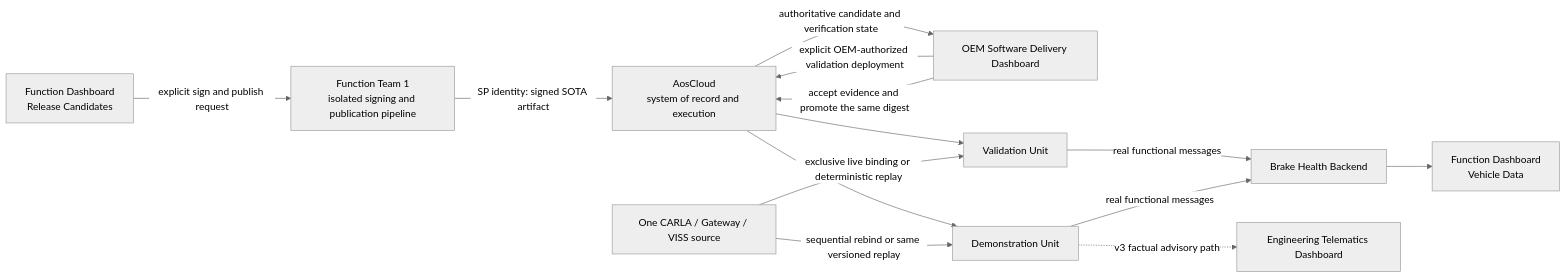
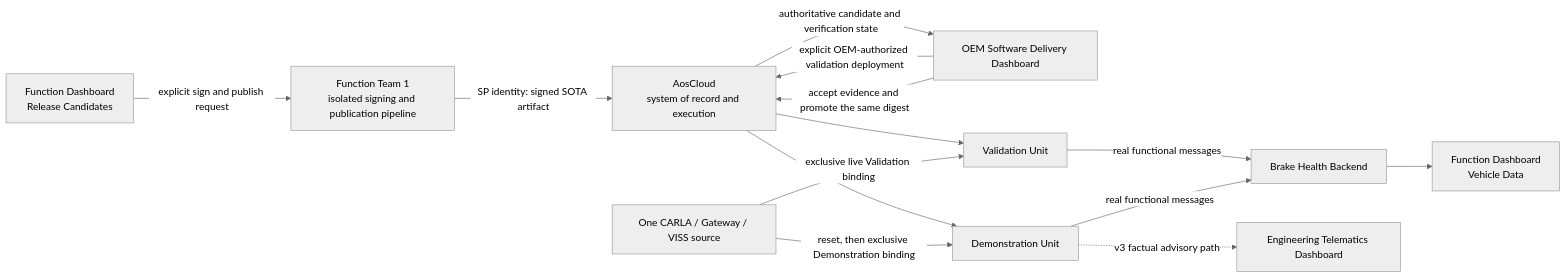
The second of 2 diagrams in docs/requirements/components/brake-health-cloud.md (alexmaninblack/aosedge-sdv-demo), drawn with Mermaid (neutral theme) before and after one commit. The commit also changed other lines of this file and 72 other files, not shown here.

Commit message:
docs: checkpoint demo architecture and requirements baseline

````diff
--- a/docs/requirements/components/brake-health-cloud.md
+++ b/docs/requirements/components/brake-health-cloud.md
@@ -138,27 +139,27 @@
 ```mermaid
 flowchart LR
     RC["Function Dashboard<br/>Release Candidates"]
     PIPE["Function Team 1<br/>isolated signing and publication pipeline"]
     CLOUD["AosCloud<br/>system of record and execution"]
     OEM["OEM Software Delivery Dashboard"]
     VU["Validation Unit"]
     DU["Demonstration Unit"]
     CARLA["One CARLA / Gateway / VISS source"]
     BE["Brake Health Backend"]
     VD["Function Dashboard<br/>Vehicle Data"]
     ENG["Engineering Telematics Dashboard"]
 
     RC -->|"explicit sign and publish request"| PIPE
     PIPE -->|"SP identity: signed SOTA artifact"| CLOUD
     CLOUD -->|"authoritative candidate and verification state"| OEM
     OEM -->|"explicit OEM-authorized validation deployment"| CLOUD
     CLOUD --> VU
-    CARLA -->|"exclusive live binding or deterministic replay"| VU
+    CARLA -->|"exclusive live Validation binding"| VU
     VU -->|"real functional messages"| BE
     BE --> VD
     OEM -->|"accept evidence and promote the same digest"| CLOUD
     CLOUD --> DU
-    CARLA -->|"sequential rebind or same versioned replay"| DU
+    CARLA -->|"reset, then exclusive Demonstration binding"| DU
     DU -->|"real functional messages"| BE
     DU -. "v3 factual advisory path" .-> ENG
 ```
````
